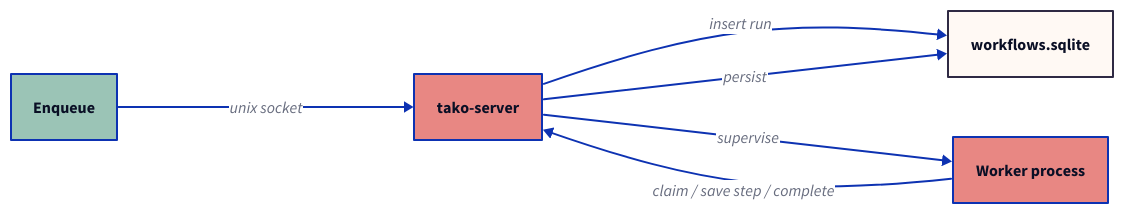
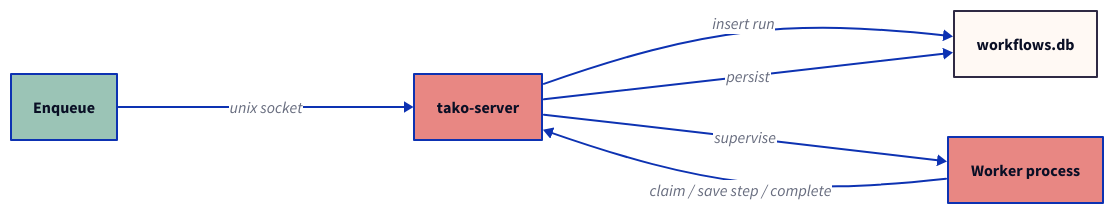
The diagram in website/src/content/blog/durable-workflows-are-here.md (tako-sh/tako), drawn with D2 before and after one commit. The commit also changed 63 other files, not shown here.

````diff
--- a/website/src/content/blog/durable-workflows-are-here.md
+++ b/website/src/content/blog/durable-workflows-are-here.md
@@ -106,14 +106,14 @@
 ```d2
 direction: right
 
 enq: Enqueue {style.fill: "#9BC4B6"; style.font-size: 16}
 server: tako-server {style.fill: "#E88783"; style.font-size: 16}
-db: workflows.sqlite {style.fill: "#FFF9F4"; style.stroke: "#2F2A44"; style.font-size: 16}
+db: workflows.db {style.fill: "#FFF9F4"; style.stroke: "#2F2A44"; style.font-size: 16}
 worker: Worker process {style.fill: "#E88783"; style.font-size: 16}
 
 enq -> server: "unix socket"
 server -> db: "insert run"
 server -> worker: "supervise"
 worker -> server: "claim / save step / complete"
 server -> db: "persist"
 ```
````
